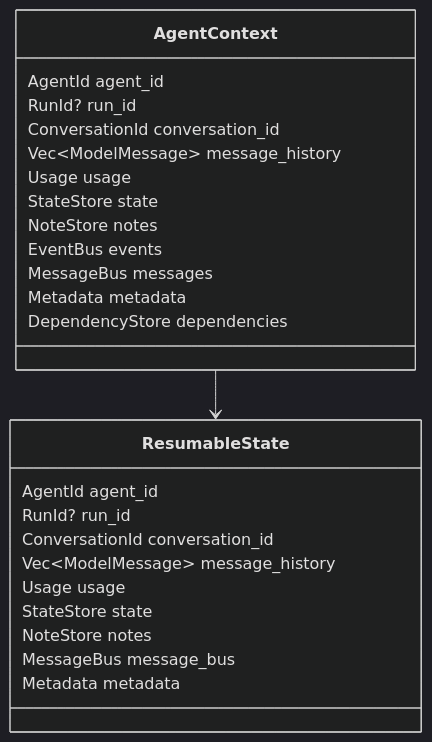
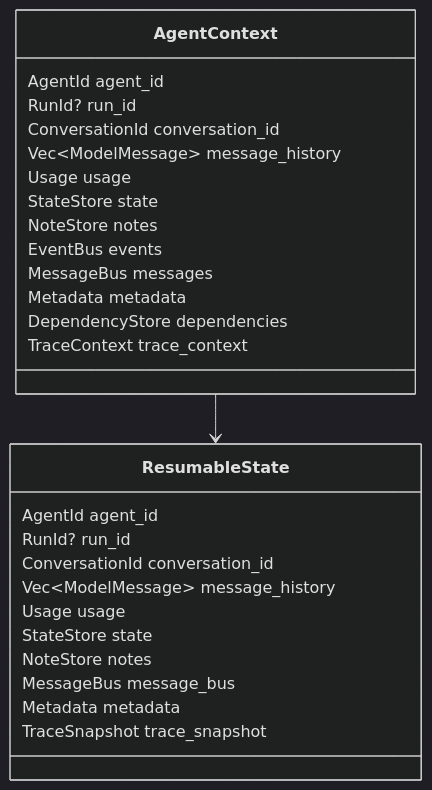
The first of 4 diagrams in spec/core/04-context-state-executor.md (Wh1isper/starweaver), drawn with Mermaid (dark theme) before and after one commit. The commit also changed other lines of this file and 17 other files, not shown here.

````diff
--- a/spec/core/04-context-state-executor.md
+++ b/spec/core/04-context-state-executor.md
@@ -20,30 +21,32 @@
 ```mermaid
 classDiagram
     class AgentContext {
         AgentId agent_id
         RunId? run_id
         ConversationId conversation_id
         Vec~ModelMessage~ message_history
         Usage usage
         StateStore state
         NoteStore notes
         EventBus events
         MessageBus messages
         Metadata metadata
         DependencyStore dependencies
+        TraceContext trace_context
     }
 
     class ResumableState {
         AgentId agent_id
         RunId? run_id
         ConversationId conversation_id
         Vec~ModelMessage~ message_history
         Usage usage
         StateStore state
         NoteStore notes
         MessageBus message_bus
         Metadata metadata
+        TraceSnapshot trace_snapshot
     }
 
     AgentContext --> ResumableState
 ```
````
